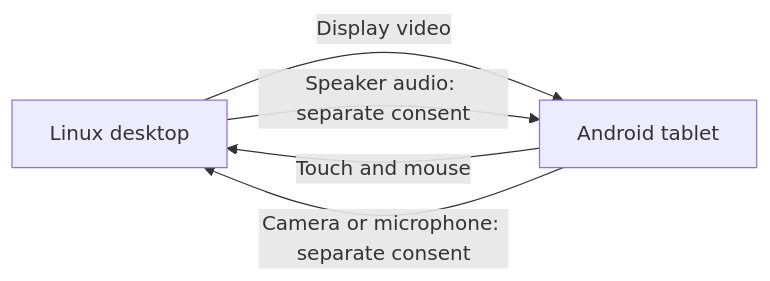
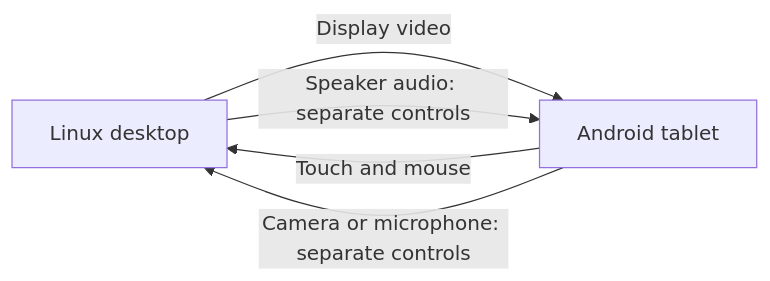
The diagram in README.md (geraldo-netto/blent), drawn with Mermaid before and after one commit. The commit also changed other lines of this file and 5 other files, not shown here.

````diff
--- a/README.md
+++ b/README.md
@@ -19,7 +21,7 @@
 ```mermaid
 flowchart LR
     H[Linux desktop] -->|Display video| T[Android tablet]
     T -->|Touch and mouse| H
-    T -->|Camera or microphone: separate consent| H
-    H -->|Speaker audio: separate consent| T
+    T -->|Camera or microphone: separate controls| H
+    H -->|Speaker audio: separate controls| T
 ```
````
